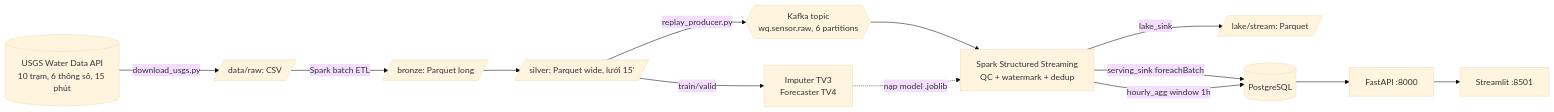
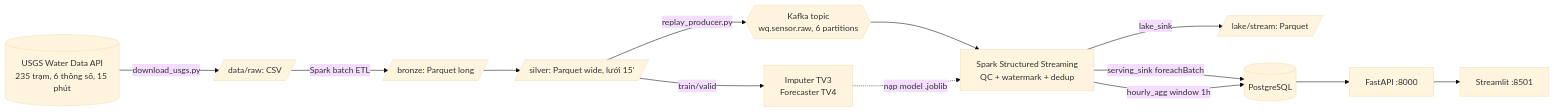
Before and after one commit to huynhquocthang1805/BigData: the diagram in README.md, drawn with Mermaid (base theme). The commit also changed other lines of this file and 10 other files, not shown here.

````diff
--- a/README.md
+++ b/README.md
@@ -12,13 +12,13 @@
 ```mermaid
 flowchart LR
-    USGS[(USGS Water Data API<br/>10 trạm, 6 thông số, 15 phút)] -->|download_usgs.py| RAW[/data/raw: CSV/]
+    USGS[(USGS Water Data API<br/>235 trạm, 6 thông số, 15 phút)] -->|download_usgs.py| RAW[/data/raw: CSV/]
     RAW -->|Spark batch ETL| BRONZE[/bronze: Parquet long/] --> SILVER[/silver: Parquet wide, lưới 15'/]
     SILVER -->|train/valid| ML[Imputer TV3<br/>Forecaster TV4]
     SILVER -->|replay_producer.py| KAFKA{{Kafka topic<br/>wq.sensor.raw, 6 partitions}}
     KAFKA --> SS[Spark Structured Streaming<br/>QC + watermark + dedup]
     SS -->|lake_sink| LAKE[/lake/stream: Parquet/]
     SS -->|serving_sink foreachBatch| PG[(PostgreSQL)]
     SS -->|hourly_agg window 1h| PG
     ML -.->|nạp model .joblib| SS
     PG --> API[FastAPI :8000] --> DASH[Streamlit :8501]
 ```
````
